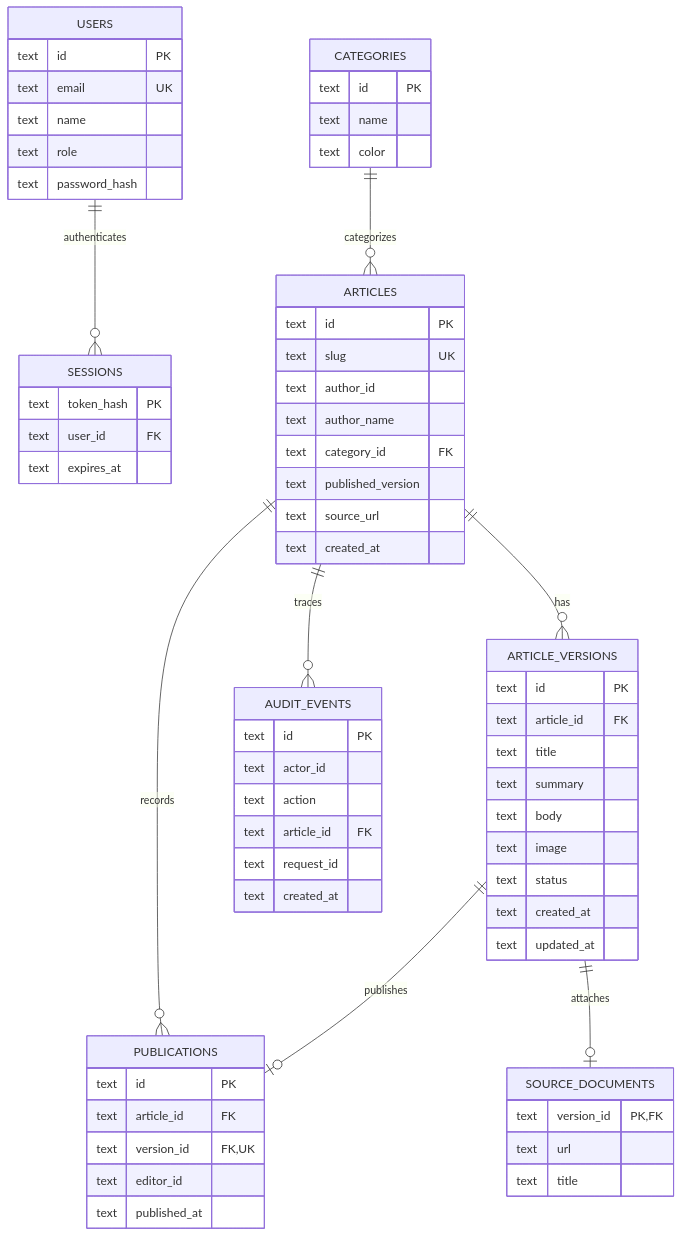
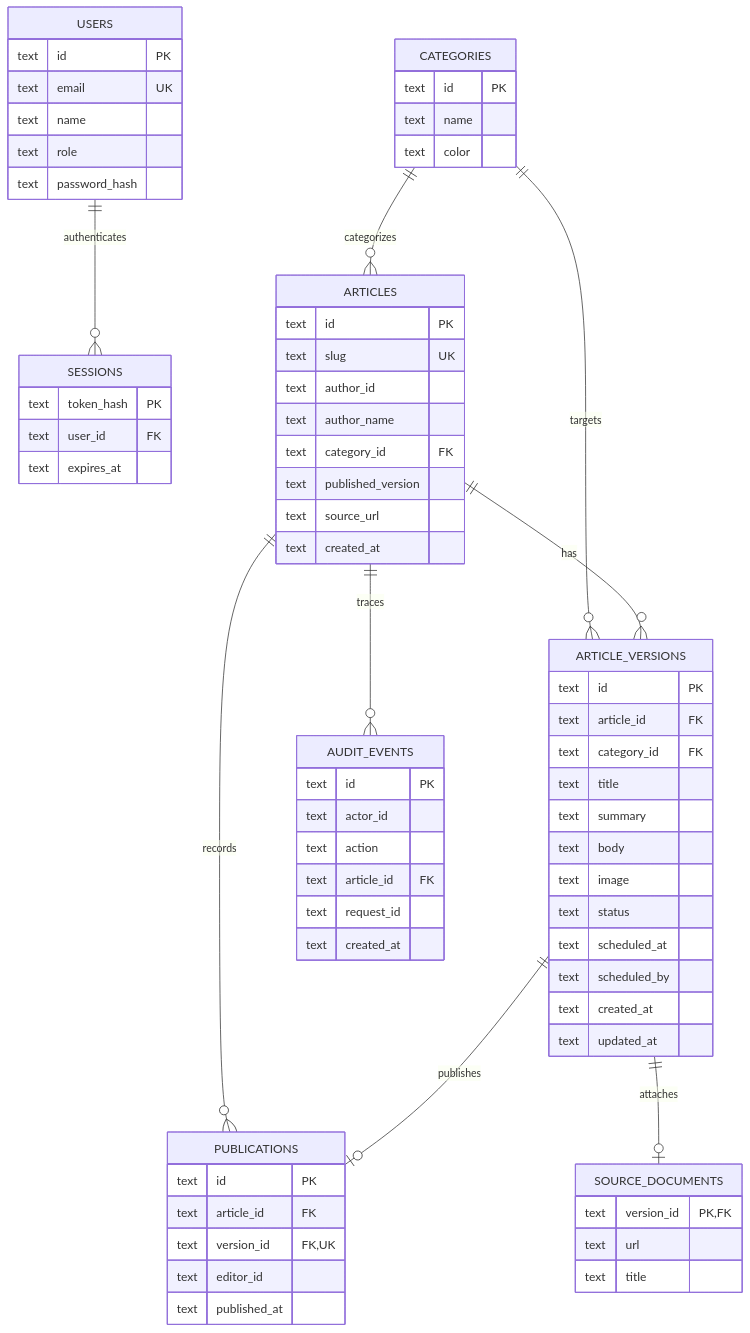
One commit to graperu/campus-news-and-announcements-website changed the diagram in database/README.md. Above: the diagram before and after it, drawn with Mermaid. The commit also changed other lines of this file and 5 other files, not shown here.

````diff
--- a/database/README.md
+++ b/database/README.md
@@ -7,68 +7,72 @@
 ```mermaid
 erDiagram
     USERS ||--o{ SESSIONS : authenticates
     CATEGORIES ||--o{ ARTICLES : categorizes
+    CATEGORIES ||--o{ ARTICLE_VERSIONS : targets
     ARTICLES ||--o{ ARTICLE_VERSIONS : has
     ARTICLES ||--o{ PUBLICATIONS : records
     ARTICLE_VERSIONS ||--o| PUBLICATIONS : publishes
     ARTICLE_VERSIONS ||--o| SOURCE_DOCUMENTS : attaches
     ARTICLES ||--o{ AUDIT_EVENTS : traces
     USERS {
         text id PK
         text email UK
         text name
         text role
         text password_hash
     }
     SESSIONS {
         text token_hash PK
         text user_id FK
         text expires_at
     }
     CATEGORIES {
         text id PK
         text name
         text color
     }
     ARTICLES {
         text id PK
         text slug UK
         text author_id
         text author_name
         text category_id FK
         text published_version
         text source_url
         text created_at
     }
     ARTICLE_VERSIONS {
         text id PK
         text article_id FK
+        text category_id FK
         text title
         text summary
         text body
         text image
         text status
+        text scheduled_at
+        text scheduled_by
         text created_at
         text updated_at
     }
     PUBLICATIONS {
         text id PK
         text article_id FK
         text version_id FK,UK
         text editor_id
         text published_at
     }
     SOURCE_DOCUMENTS {
         text version_id PK,FK
         text url
         text title
     }
     AUDIT_EVENTS {
         text id PK
         text actor_id
         text action
         text article_id FK
         text request_id
         text created_at
     }
 ```
````
